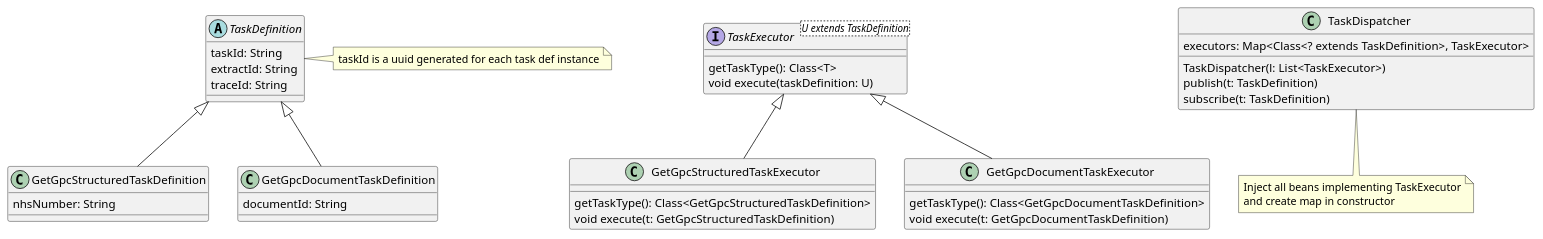
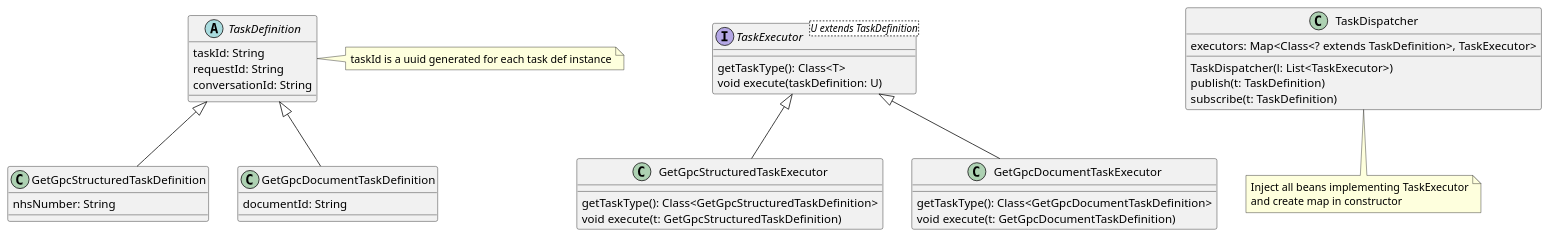
Before and after one commit to NHSDigital/integration-adaptor-gp2gp: the diagram in documentation/architecture/lld/task-queue.puml, drawn with PlantUML.

Commit message:
update to task queue

```diff
--- a/documentation/architecture/lld/task-queue.puml
+++ b/documentation/architecture/lld/task-queue.puml
@@ -1,50 +1,50 @@
 @startuml
 abstract class TaskDefinition {
     taskId: String
-    extractId: String
-    traceId: String
+    requestId: String
+    conversationId: String
 }
 
 note right of TaskDefinition: taskId is a uuid generated for each task def instance
 
 class GetGpcStructuredTaskDefinition {
     nhsNumber: String
 }
 
 TaskDefinition <|-- GetGpcStructuredTaskDefinition
 
 class GetGpcDocumentTaskDefinition {
     documentId: String
 }
 
 TaskDefinition <|-- GetGpcDocumentTaskDefinition
 
 interface TaskExecutor<U extends TaskDefinition> {
     getTaskType(): Class<T> 
     void execute(taskDefinition: U)
 }
 
 class GetGpcStructuredTaskExecutor {
     getTaskType(): Class<GetGpcStructuredTaskDefinition> 
     void execute(t: GetGpcStructuredTaskDefinition)
 }
 
 TaskExecutor <|-- GetGpcStructuredTaskExecutor
 
 class GetGpcDocumentTaskExecutor {
     getTaskType(): Class<GetGpcDocumentTaskDefinition> 
     void execute(t: GetGpcDocumentTaskDefinition)
 }
 
 TaskExecutor <|-- GetGpcDocumentTaskExecutor
 
 class TaskDispatcher {
     executors: Map<Class<? extends TaskDefinition>, TaskExecutor>
     TaskDispatcher(l: List<TaskExecutor>)
     publish(t: TaskDefinition)
     subscribe(t: TaskDefinition)
 }
 
 note bottom of TaskDispatcher: Inject all beans implementing TaskExecutor\nand create map in constructor
 
 @enduml
```
